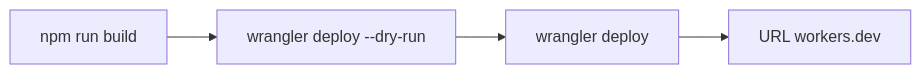
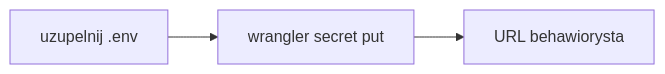
The diagram in context/deployment/deploy-plan.md (sigamateusz/behawiorysta), drawn with Mermaid before and after one commit. The commit also changed other lines of this file and 3 other files, not shown here.

Commit message:
Update deployment configuration for Cloudflare Workers, changing adapter name to 'behawiorysta' and adjusting settings for image service and session management. Revise deployment plan to reflect completed steps and outline remaining tasks for managing Supabase secrets and removing the old worker.

````diff
--- a/context/deployment/deploy-plan.md
+++ b/context/deployment/deploy-plan.md
@@ -12,8 +33,7 @@
 ```mermaid
 flowchart LR
-  build[npm run build]
-  dry[wrangler deploy --dry-run]
-  deploy[wrangler deploy]
-  check[URL workers.dev]
-  build --> dry --> deploy --> check
+  fill[uzupelnij .env]
+  secrets[wrangler secret put]
+  check[URL behawiorysta]
+  fill --> secrets --> check
 ```
````
